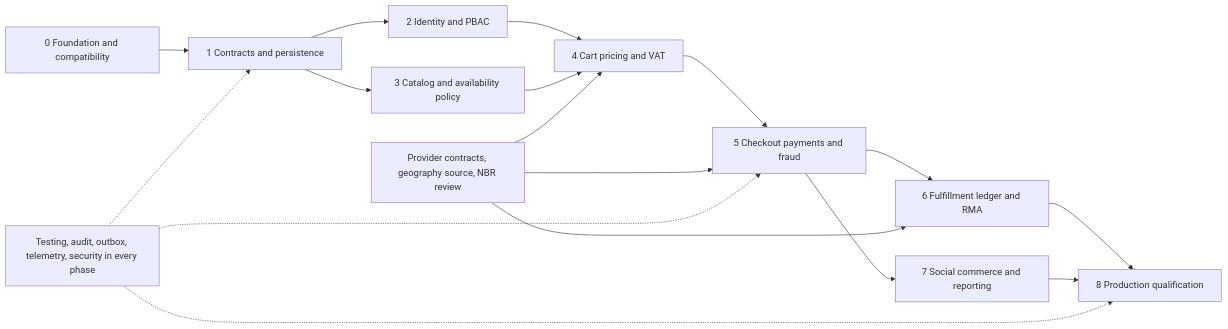
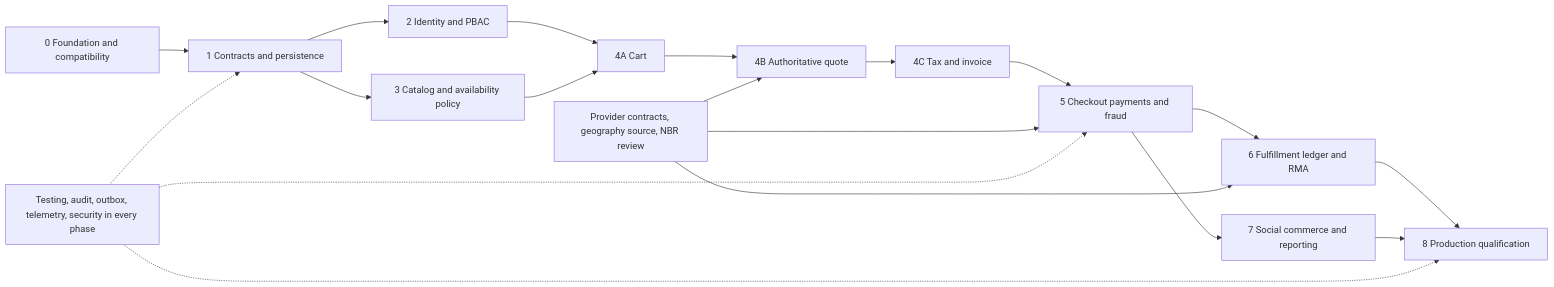
One commit to aarajops/aaraj changed the diagram in docs/architecture/ecommerce-implementation-roadmap.md. Above: the diagram before and after it, drawn with Mermaid. The commit also changed other lines of this file and 73 other files, not shown here.

First line of the commit message:
feat(commerce): implement carts and Bangladesh quote flow

````diff
--- a/docs/architecture/ecommerce-implementation-roadmap.md
+++ b/docs/architecture/ecommerce-implementation-roadmap.md
@@ -40,19 +40,21 @@
 ```mermaid
 flowchart LR
   P0["0 Foundation and compatibility"] --> P1["1 Contracts and persistence"]
   P1 --> P2["2 Identity and PBAC"]
   P1 --> P3["3 Catalog and availability policy"]
-  P2 --> P4["4 Cart pricing and VAT"]
-  P3 --> P4
-  P4 --> P5["5 Checkout payments and fraud"]
+  P2 --> P4A["4A Cart"]
+  P3 --> P4A
+  P4A --> P4B["4B Authoritative quote"]
+  P4B --> P4C["4C Tax and invoice"]
+  P4C --> P5["5 Checkout payments and fraud"]
   P5 --> P6["6 Fulfillment ledger and RMA"]
   P5 --> P7["7 Social commerce and reporting"]
   P6 --> P8["8 Production qualification"]
   P7 --> P8
-  X["Provider contracts, geography source, NBR review"] --> P4
+  X["Provider contracts, geography source, NBR review"] --> P4B
   X --> P5
   X --> P6
   Y["Testing, audit, outbox, telemetry, security in every phase"] -.-> P1
   Y -.-> P5
   Y -.-> P8
 ```
````
